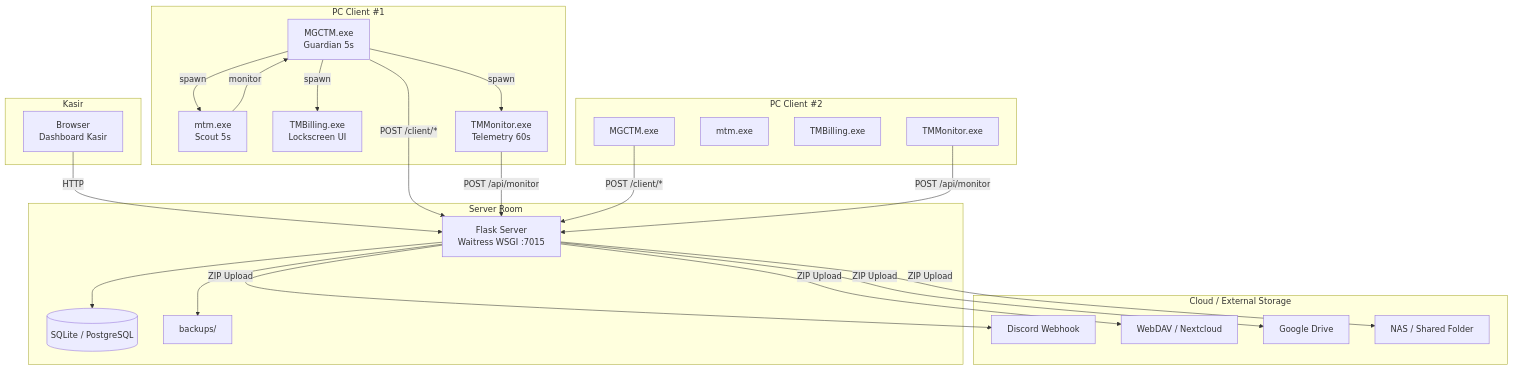
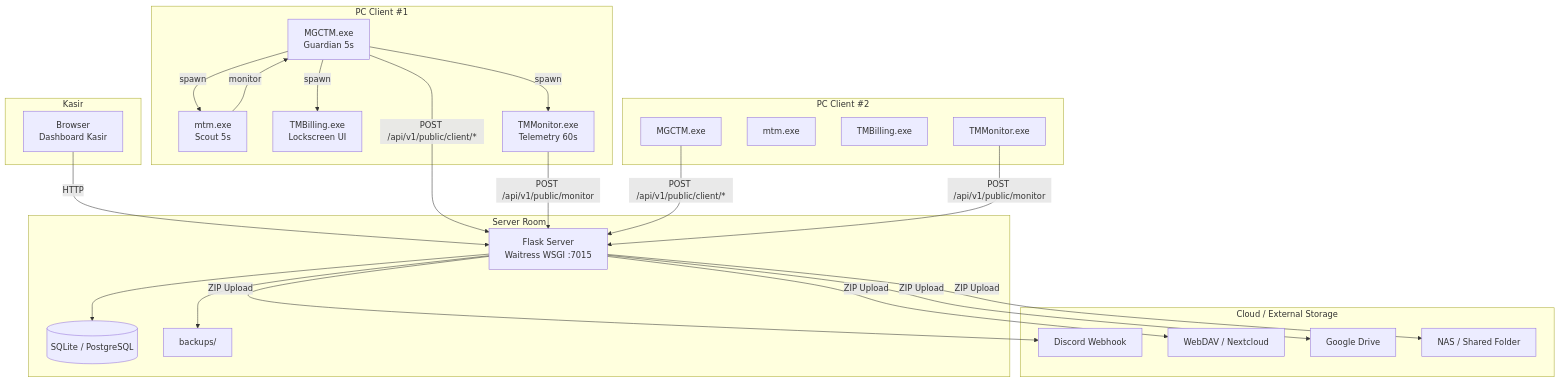
One commit to milanalfandiismail/TMBilling changed the second of 5 diagrams in docs/DIAGRAMS.md. Above: the diagram before and after it, drawn with Mermaid. The commit also changed other lines of this file and 19 other files, not shown here.

````diff
--- a/docs/DIAGRAMS.md
+++ b/docs/DIAGRAMS.md
@@ -49,53 +49,53 @@
 ```mermaid
 graph TB
     subgraph "Server Room"
         Flask[Flask Server<br/>Waitress WSGI :7015]
         DB[(SQLite / PostgreSQL)]
         Backups[backups/]
     end
 
     subgraph "Cloud / External Storage"
         Discord[Discord Webhook]
         WebDAV[WebDAV / Nextcloud]
         GDrive[Google Drive]
         NAS[NAS / Shared Folder]
     end
 
     subgraph "Kasir"
         Browser[Browser<br/>Dashboard Kasir]
     end
 
     subgraph "PC Client #1"
         MGCTM1[MGCTM.exe<br/>Guardian 5s]
         mtm1[mtm.exe<br/>Scout 5s]
         Tauri1[TMBilling.exe<br/>Lockscreen UI]
         TMMonitor1[TMMonitor.exe<br/>Telemetry 60s]
     end
 
     subgraph "PC Client #2"
         MGCTM2[MGCTM.exe]
         mtm2[mtm.exe]
         Tauri2[TMBilling.exe]
         TMMonitor2[TMMonitor.exe]
     end
 
     Browser -->|HTTP| Flask
     Flask --> DB
     Flask --> Backups
 
     Flask -->|ZIP Upload| Discord
     Flask -->|ZIP Upload| WebDAV
     Flask -->|ZIP Upload| GDrive
     Flask -->|ZIP Upload| NAS
 
     MGCTM1 -->|spawn| Tauri1
     MGCTM1 -->|spawn| TMMonitor1
     MGCTM1 -->|spawn| mtm1
     mtm1 -->|monitor| MGCTM1
 
-    MGCTM1 -->|POST /client/*| Flask
-    TMMonitor1 -->|POST /api/monitor| Flask
+    MGCTM1 -->|POST /api/v1/public/client/*| Flask
+    TMMonitor1 -->|POST /api/v1/public/monitor| Flask
 
-    MGCTM2 -->|POST /client/*| Flask
-    TMMonitor2 -->|POST /api/monitor| Flask
+    MGCTM2 -->|POST /api/v1/public/client/*| Flask
+    TMMonitor2 -->|POST /api/v1/public/monitor| Flask
 ```
````
